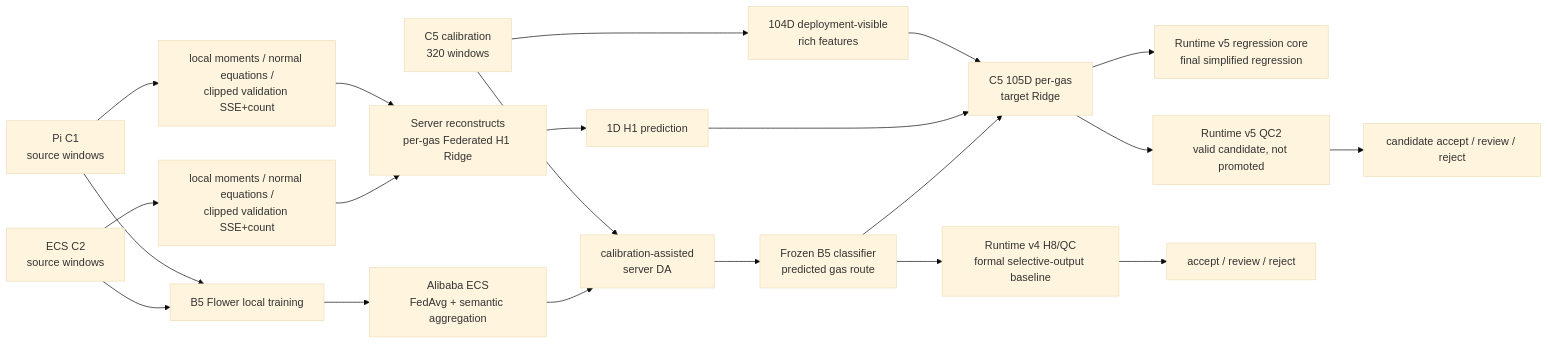
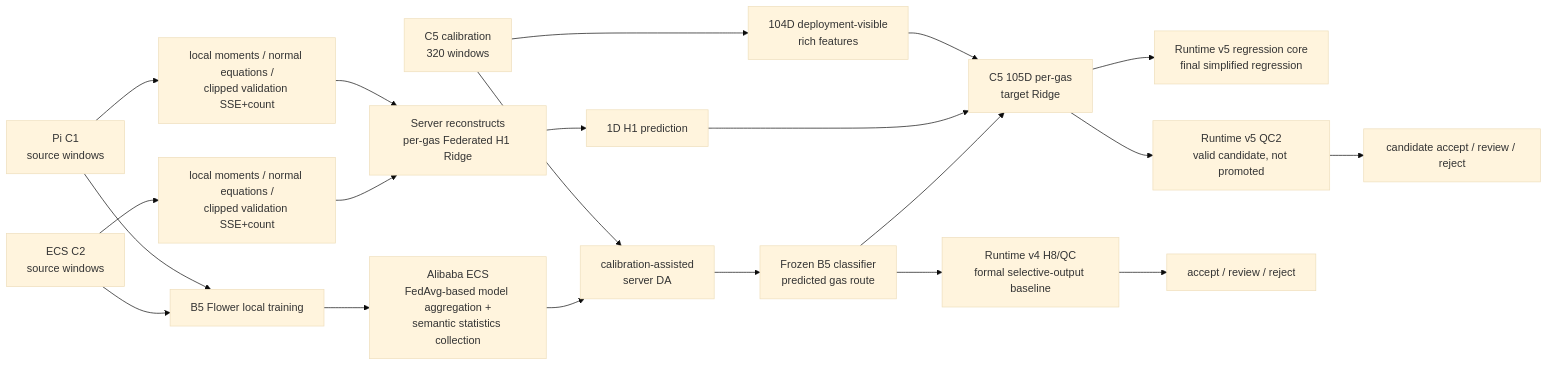
One commit to Hjh-fy/GAPS changed the diagram in docs/system/GAPS_SYSTEM_OVERVIEW_20260726.zh.md. Above: the diagram before and after it, drawn with Mermaid (base theme). The commit also changed 11 other files, not shown here.

````diff
--- a/docs/system/GAPS_SYSTEM_OVERVIEW_20260726.zh.md
+++ b/docs/system/GAPS_SYSTEM_OVERVIEW_20260726.zh.md
@@ -32,26 +32,26 @@
 ```mermaid
 flowchart LR
     C1["Pi C1<br/>source windows"] --> FL["B5 Flower local training"]
     C2["ECS C2<br/>source windows"] --> FL
-    FL --> AVG["Alibaba ECS<br/>FedAvg + semantic aggregation"]
+    FL --> AVG["Alibaba ECS<br/>FedAvg-based model aggregation +<br/>semantic statistics collection"]
     C5CAL["C5 calibration<br/>320 windows"] --> DA["calibration-assisted<br/>server DA"]
     AVG --> DA
     DA --> B5["Frozen B5 classifier<br/>predicted gas route"]
 
     C1 --> S1["local moments / normal equations /<br/>clipped validation SSE+count"]
     C2 --> S2["local moments / normal equations /<br/>clipped validation SSE+count"]
     S1 --> H1["Server reconstructs<br/>per-gas Federated H1 Ridge"]
     S2 --> H1
 
     C5CAL --> RICH["104D deployment-visible<br/>rich features"]
     H1 --> H1P["1D H1 prediction"]
     RICH --> TGT["C5 105D per-gas<br/>target Ridge"]
     H1P --> TGT
     B5 --> TGT
 
     TGT --> V5["Runtime v5 regression core<br/>final simplified regression"]
     TGT --> Q5["Runtime v5 QC2<br/>valid candidate, not promoted"]
     B5 --> V4["Runtime v4 H8/QC<br/>formal selective-output baseline"]
     V4 --> OUT4["accept / review / reject"]
     Q5 --> OUT5["candidate accept / review / reject"]
 ```
````
